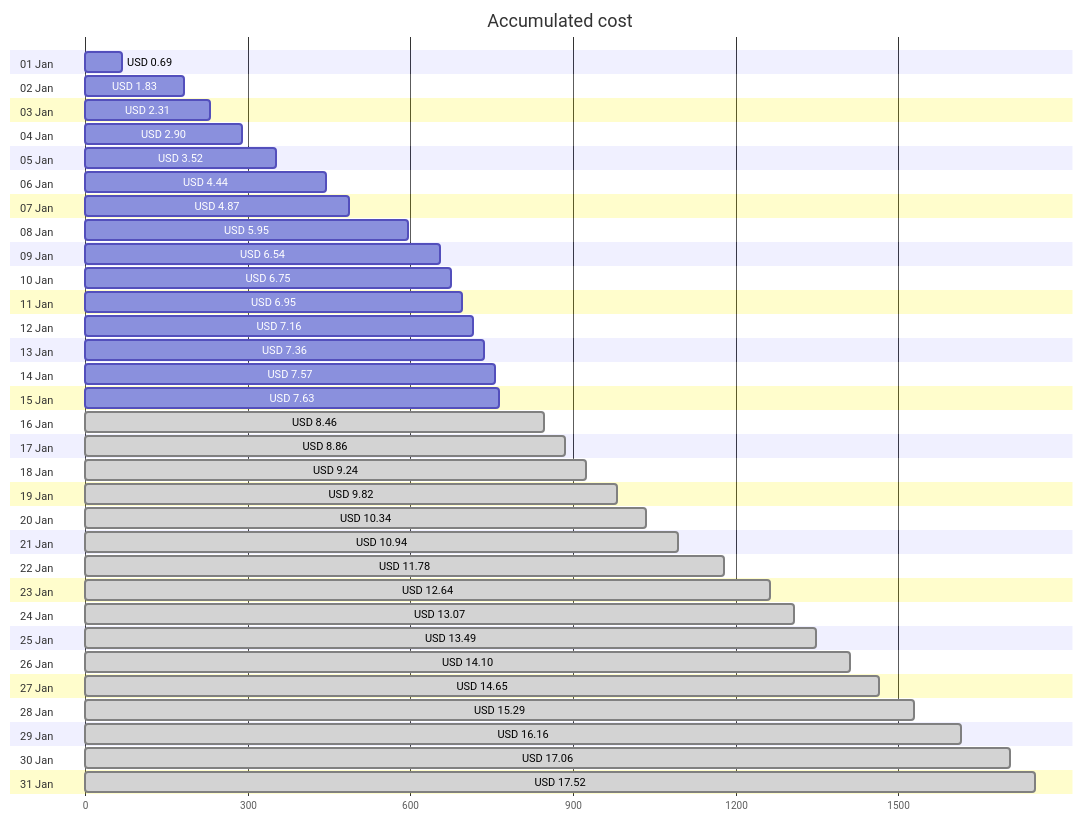
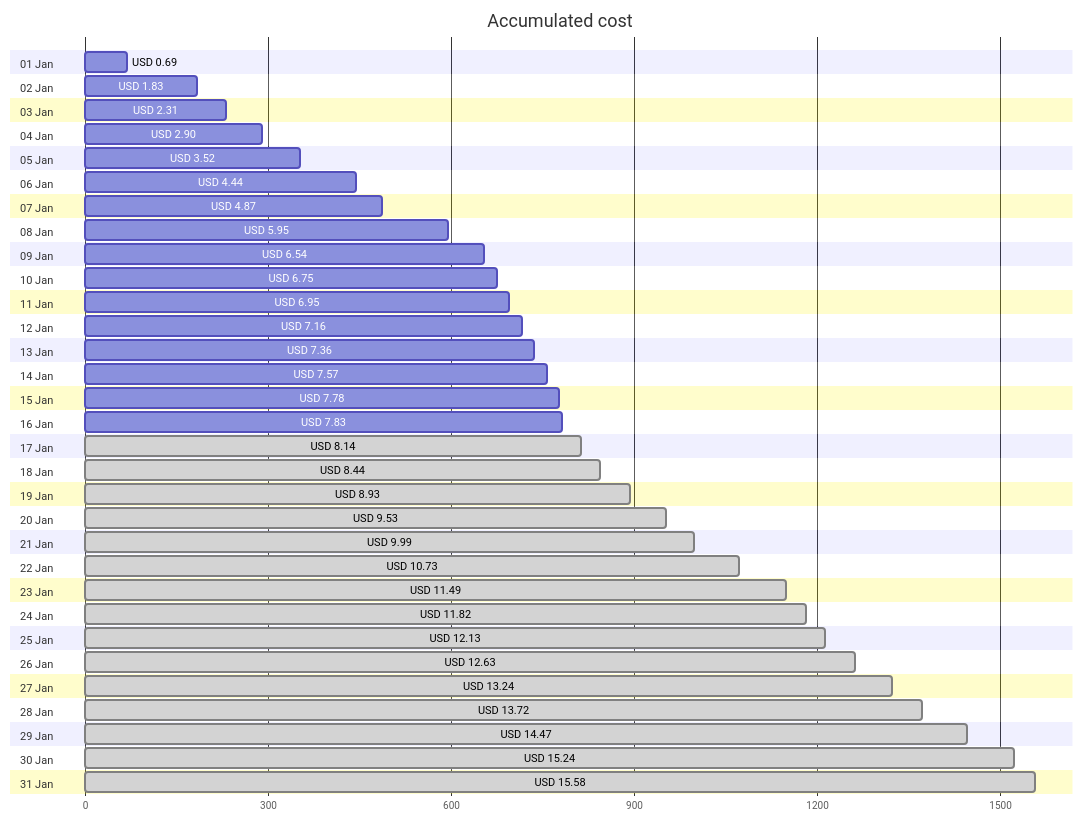
One commit to jpfulton/azure-personal-reports changed the first of 4 diagrams in cost-reports/personal-network/vpn-server.md. Above: the diagram before and after it, drawn with Mermaid. The commit also changed other lines of this file and 8 other files, not shown here.

````diff
--- a/cost-reports/personal-network/vpn-server.md
+++ b/cost-reports/personal-network/vpn-server.md
@@ -20,68 +20,68 @@
 ```mermaid
 gantt
    title Accumulated cost
    dateFormat  X
    axisFormat %s
    section 01 Jan
    USD 0.69 :0, 69
    section 02 Jan
    USD 1.83 :0, 183
    section 03 Jan
    USD 2.31 :0, 231
    section 04 Jan
    USD 2.90 :0, 290
    section 05 Jan
    USD 3.52 :0, 352
    section 06 Jan
    USD 4.44 :0, 444
    section 07 Jan
    USD 4.87 :0, 487
    section 08 Jan
    USD 5.95 :0, 595
    section 09 Jan
    USD 6.54 :0, 654
    section 10 Jan
    USD 6.75 :0, 675
    section 11 Jan
    USD 6.95 :0, 695
    section 12 Jan
    USD 7.16 :0, 716
    section 13 Jan
    USD 7.36 :0, 736
    section 14 Jan
    USD 7.57 :0, 757
    section 15 Jan
-   USD 7.63 :0, 763
+   USD 7.78 :0, 778
    section 16 Jan
-   USD 8.46 : done, 0, 846
+   USD 7.83 :0, 783
    section 17 Jan
-   USD 8.86 : done, 0, 886
+   USD 8.14 : done, 0, 814
    section 18 Jan
-   USD 9.24 : done, 0, 924
+   USD 8.44 : done, 0, 844
    section 19 Jan
-   USD 9.82 : done, 0, 982
+   USD 8.93 : done, 0, 893
    section 20 Jan
-   USD 10.34 : done, 0, 1034
+   USD 9.53 : done, 0, 953
    section 21 Jan
-   USD 10.94 : done, 0, 1094
+   USD 9.99 : done, 0, 999
    section 22 Jan
-   USD 11.78 : done, 0, 1178
+   USD 10.73 : done, 0, 1073
    section 23 Jan
-   USD 12.64 : done, 0, 1264
+   USD 11.49 : done, 0, 1149
    section 24 Jan
-   USD 13.07 : done, 0, 1307
+   USD 11.82 : done, 0, 1182
    section 25 Jan
-   USD 13.49 : done, 0, 1349
+   USD 12.13 : done, 0, 1213
    section 26 Jan
-   USD 14.10 : done, 0, 1410
+   USD 12.63 : done, 0, 1263
    section 27 Jan
-   USD 14.65 : done, 0, 1465
+   USD 13.24 : done, 0, 1324
    section 28 Jan
-   USD 15.29 : done, 0, 1529
+   USD 13.72 : done, 0, 1372
    section 29 Jan
-   USD 16.16 : done, 0, 1616
+   USD 14.47 : done, 0, 1447
    section 30 Jan
-   USD 17.06 : done, 0, 1706
+   USD 15.24 : done, 0, 1524
    section 31 Jan
-   USD 17.52 : done, 0, 1752
+   USD 15.58 : done, 0, 1558
 ```
````
